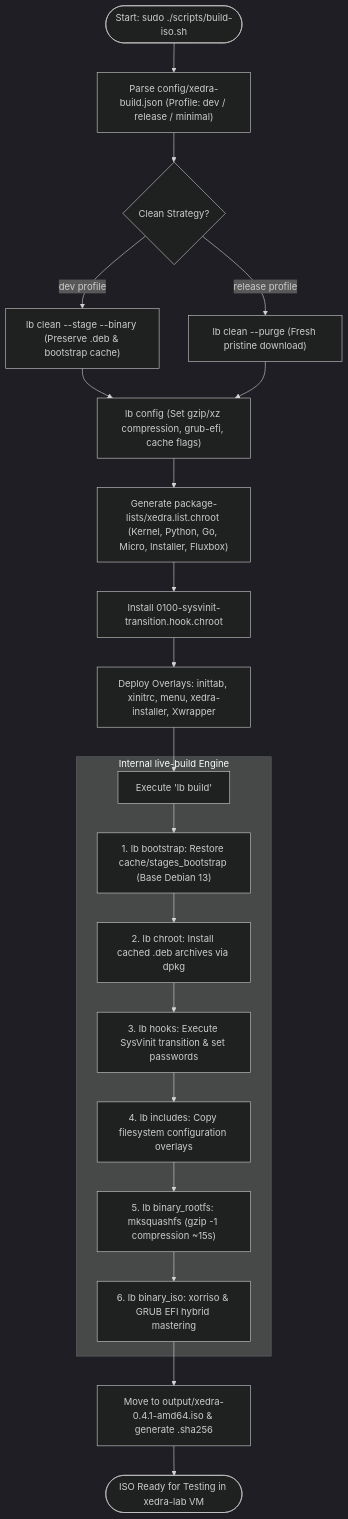
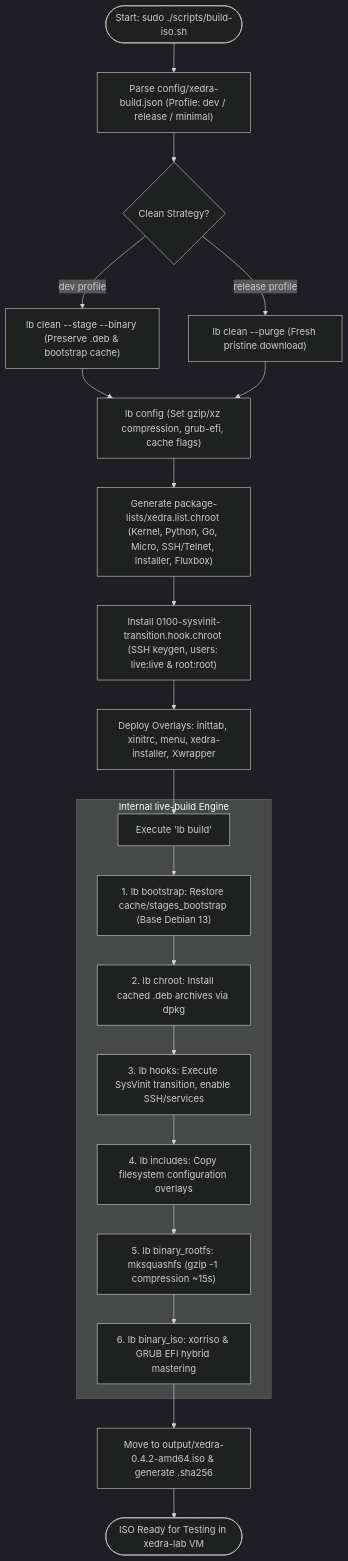
The second of 4 diagrams in docs/architecture/system-dependency-and-execution-flow.md (arthurgray2k/XedraLinux), drawn with Mermaid (dark theme) before and after one commit. The commit also changed other lines of this file and 10 other files, not shown here.

Commit message:
Release 0.4.2: Configurable SSH & Telnet services, interactive installer user setup, live user purging, and updated branding

````diff
--- a/docs/architecture/system-dependency-and-execution-flow.md
+++ b/docs/architecture/system-dependency-and-execution-flow.md
@@ -61,29 +68,29 @@
 ```mermaid
 flowchart TD
     Start(["Start: sudo ./scripts/build-iso.sh"]) --> ParseConfig["Parse config/xedra-build.json (Profile: dev / release / minimal)"]
     ParseConfig --> WorkspaceClean{"Clean Strategy?"}
 
     WorkspaceClean -->|dev profile| StageClean["lb clean --stage --binary (Preserve .deb & bootstrap cache)"]
     WorkspaceClean -->|release profile| PurgeClean["lb clean --purge (Fresh pristine download)"]
 
     StageClean --> LBConfig["lb config (Set gzip/xz compression, grub-efi, cache flags)"]
     PurgeClean --> LBConfig
 
-    LBConfig --> GenPackages["Generate package-lists/xedra.list.chroot (Kernel, Python, Go, Micro, Installer, Fluxbox)"]
-    GenPackages --> GenHooks["Install 0100-sysvinit-transition.hook.chroot"]
+    LBConfig --> GenPackages["Generate package-lists/xedra.list.chroot (Kernel, Python, Go, Micro, SSH/Telnet, Installer, Fluxbox)"]
+    GenPackages --> GenHooks["Install 0100-sysvinit-transition.hook.chroot (SSH keygen, users: live:live & root:root)"]
     GenHooks --> GenOverlays["Deploy Overlays: inittab, xinitrc, menu, xedra-installer, Xwrapper"]
 
     GenOverlays --> LBBuild["Execute 'lb build'"]
 
     subgraph LiveBuild_Stages ["Internal live-build Engine"]
         LBBuild --> Bootstrap["1. lb bootstrap: Restore cache/stages_bootstrap (Base Debian 13)"]
         Bootstrap --> ChrootInstall["2. lb chroot: Install cached .deb archives via dpkg"]
-        ChrootInstall --> ChrootHook["3. lb hooks: Execute SysVinit transition & set passwords"]
+        ChrootInstall --> ChrootHook["3. lb hooks: Execute SysVinit transition, enable SSH/services"]
         ChrootHook --> ChrootIncludes["4. lb includes: Copy filesystem configuration overlays"]
         ChrootIncludes --> SquashFS["5. lb binary_rootfs: mksquashfs (gzip -1 compression ~15s)"]
         SquashFS --> BinaryISO["6. lb binary_iso: xorriso & GRUB EFI hybrid mastering"]
     end
 
-    BinaryISO --> PackageArtifacts["Move to output/xedra-0.4.1-amd64.iso & generate .sha256"]
+    BinaryISO --> PackageArtifacts["Move to output/xedra-0.4.2-amd64.iso & generate .sha256"]
     PackageArtifacts --> Done(["ISO Ready for Testing in xedra-lab VM"])
 ```
````
